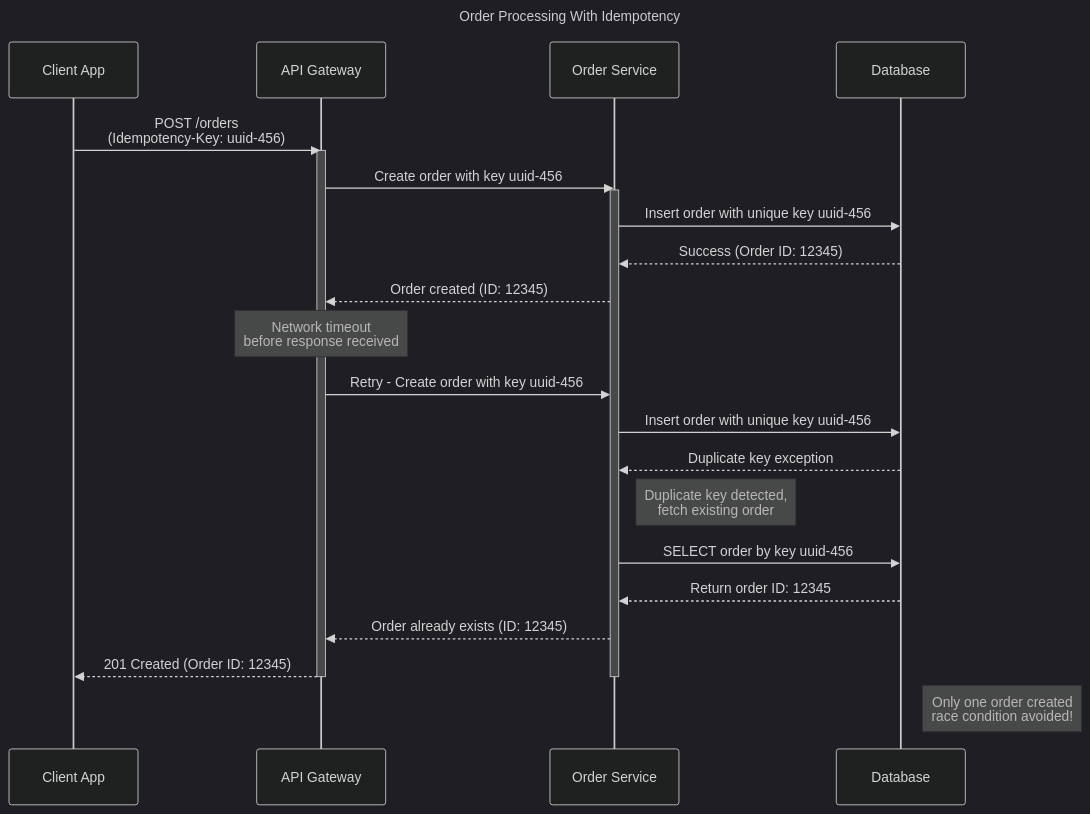
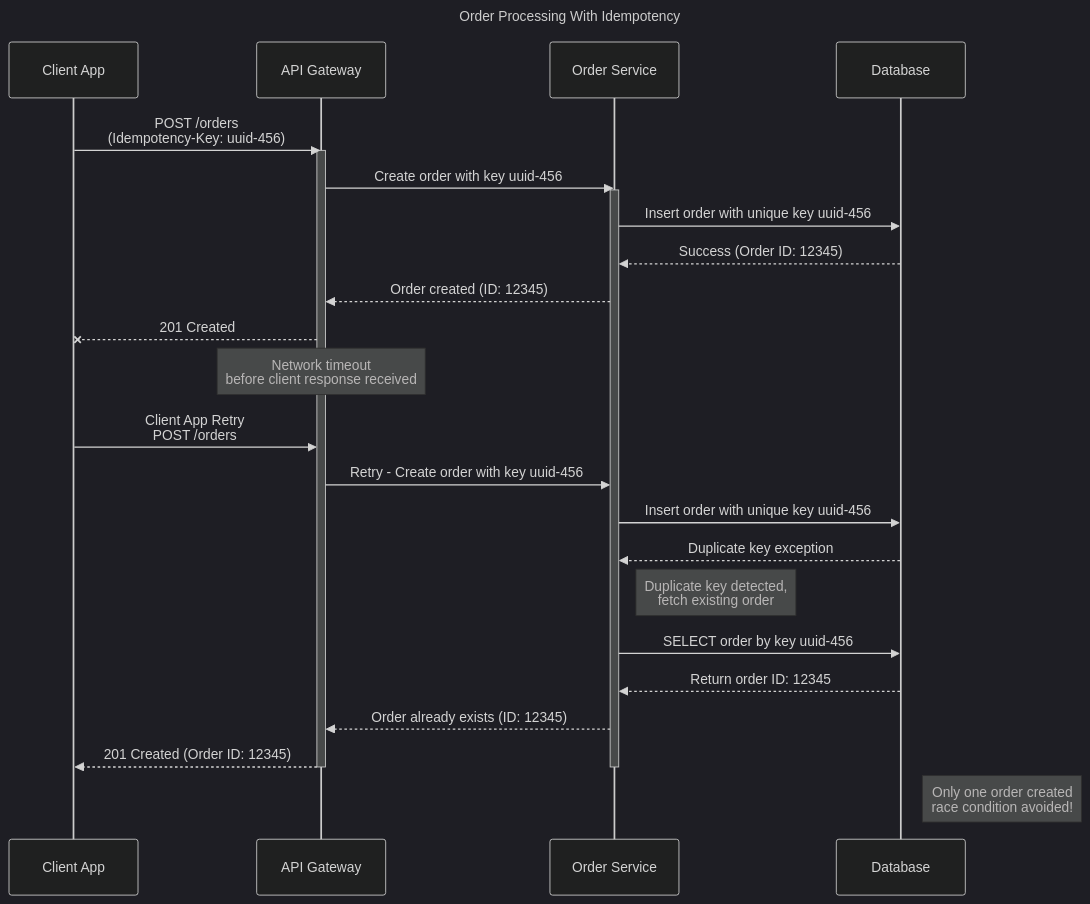
The second of 3 diagrams in software-engineering/_posts/2025-05-12-How to Implements Idempotent API Properly.md (wildansupernova/wildansupernova.github.io), drawn with Mermaid (dark theme) before and after one commit. The commit also changed other lines of this file, not shown here.

Commit message:
fix mermaid uml

````diff
--- a/software-engineering/_posts/2025-05-12-How to Implements Idempotent API Properly.md
+++ b/software-engineering/_posts/2025-05-12-How to Implements Idempotent API Properly.md
@@ -95,32 +127,34 @@
 ```mermaid
 sequenceDiagram
     title Order Processing With Idempotency
     
     participant Client as Client App
     participant Gateway as API Gateway
     participant Order as Order Service
     participant DB as Database
 
     Client->>Gateway: POST /orders<br/>(Idempotency-Key: uuid-456)
     activate Gateway
     Gateway->>Order: Create order with key uuid-456
     activate Order
     Order->>DB: Insert order with unique key uuid-456
     DB-->>Order: Success (Order ID: 12345)
     Order-->>Gateway: Order created (ID: 12345)
+    Gateway --x Client: 201 Created
 
-    Note over Gateway: Network timeout<br/>before response received
+    Note over Gateway: Network timeout<br/>before client response received
+    Client ->> Gateway: Client App Retry<br> POST /orders
     Gateway->>Order: Retry - Create order with key uuid-456
     Order->>DB: Insert order with unique key uuid-456
     DB-->>Order: Duplicate key exception
     Note right of Order: Duplicate key detected,<br/>fetch existing order
     Order->>DB: SELECT order by key uuid-456
     DB-->>Order: Return order ID: 12345
     Order-->>Gateway: Order already exists (ID: 12345)
 
     Gateway-->>Client: 201 Created (Order ID: 12345)
     deactivate Gateway
     deactivate Order
 
     Note right of DB: Only one order created<br/>race condition avoided!
 ```
````
